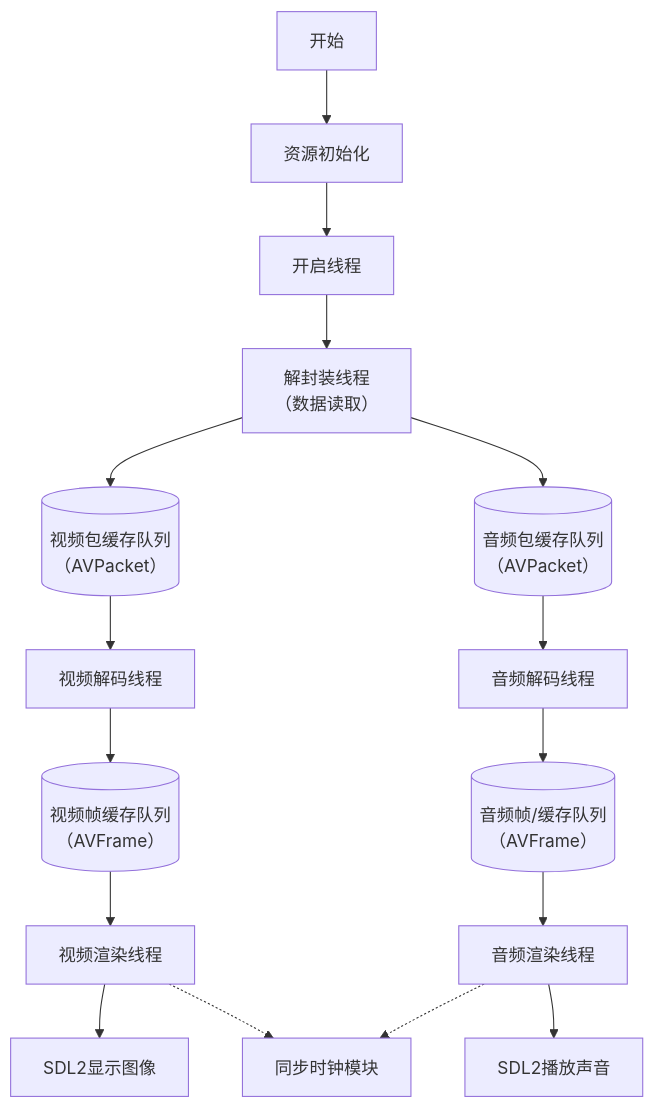
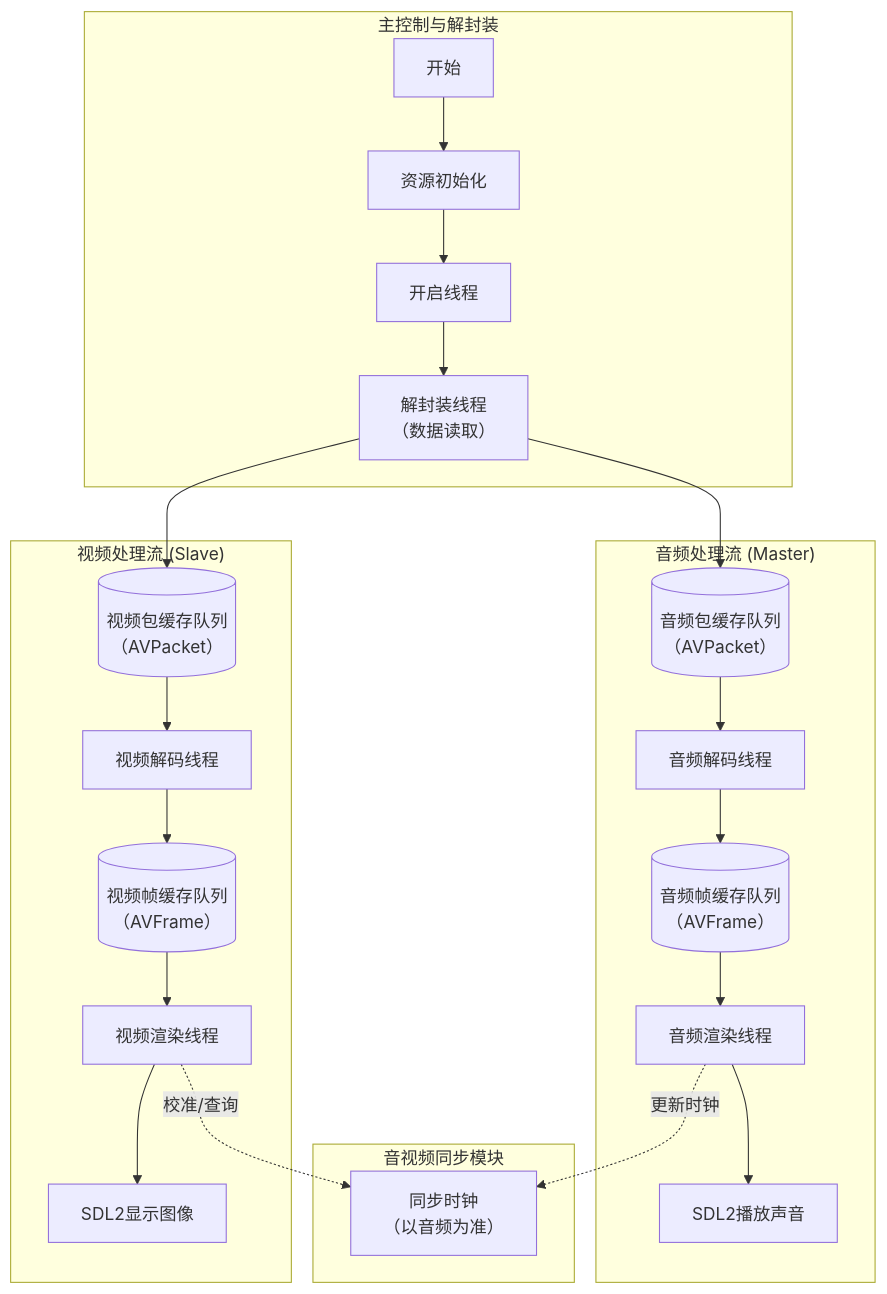
One commit to Ko-vey/SDLplayerCore changed the diagram in docs/assets/pic2-basic_architecture.md. Above: the diagram before and after it, drawn with Mermaid. The commit also changed 2 other files, not shown here.

Commit message:
改进修改基本架构图源文件及代码

````diff
--- a/docs/assets/pic2-basic_architecture.md
+++ b/docs/assets/pic2-basic_architecture.md
@@ -1,24 +1,32 @@
 ```mermaid
 graph TD
-    A[开始] --> B[资源初始化]
-    B --> C[开启线程]
-    C --> D[解封装线程 <br/>（数据读取）]
+    subgraph "主控制与解封装"
+        A[开始] --> B[资源初始化]
+        B --> C[开启线程]
+        C --> D[解封装线程 <br/>（数据读取）]
+    end
 
     D --> VPacketQueue@{ shape: cyl, label: "视频包缓存队列<br/>（AVPacket）"}
     D --> APacketQueue@{ shape: cyl, label: "音频包缓存队列<br/>（AVPacket）"}
 
-    VPacketQueue --> VDecode[视频解码线程]
-    VDecode --> VFrameQueue@{ shape: cyl, label: "视频帧缓存队列<br/>（AVFrame）"}
-    VFrameQueue --> VRender[视频渲染线程]
-    VRender --> SDL_Video[SDL2显示图像]
+    subgraph "视频处理流 (Slave)"
+        VPacketQueue --> VDecode[视频解码线程]
+        VDecode --> VFrameQueue@{ shape: cyl, label: "视频帧缓存队列<br/>（AVFrame）"}
+        VFrameQueue --> VRender[视频渲染线程]
+        VRender --> SDL_Video[SDL2显示图像]
+    end
+    
+    subgraph "音视频同步模块"
+        Clock[同步时钟<br/>（以音频为准）]
+    end
 
-    Clock[同步时钟模块]
+    subgraph "音频处理流 (Master)"
+        APacketQueue --> ADecode[音频解码线程]
+        ADecode --> AFrameQueue@{ shape: cyl, label: "音频帧缓存队列<br/>（AVFrame）"}
+        AFrameQueue --> ARender[音频渲染线程]
+        ARender --> SDL_Audio[SDL2播放声音]
+    end
 
-    APacketQueue --> ADecode[音频解码线程]
-    ADecode --> AFrameQueue@{ shape: cyl, label: "音频帧/缓存队列<br/>（AVFrame）"}
-    AFrameQueue --> ARender[音频渲染线程]
-    ARender --> SDL_Audio[SDL2播放声音]
-
-    VRender -.-> Clock
-    ARender -.-> Clock
+    ARender -.更新时钟.-> Clock
+    VRender -.校准/查询.-> Clock
 ```
````
